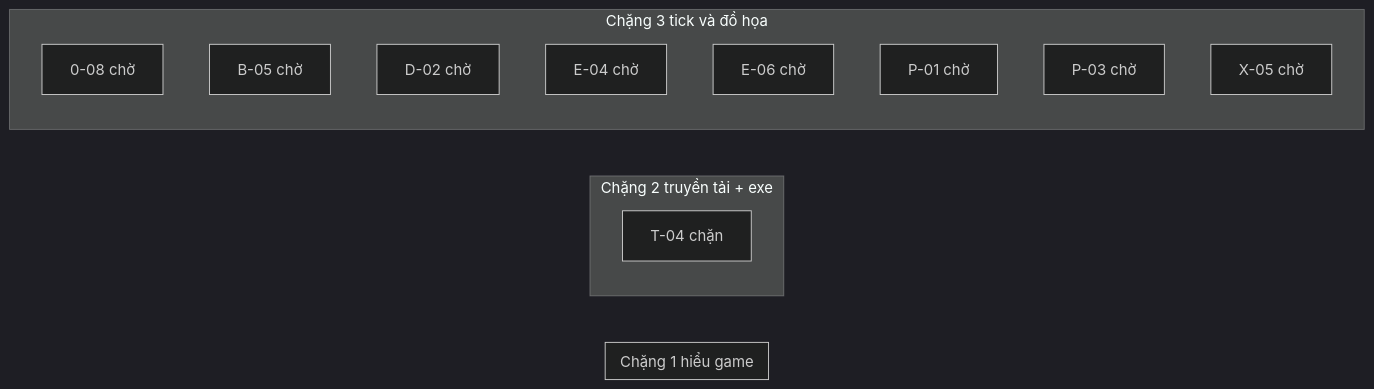
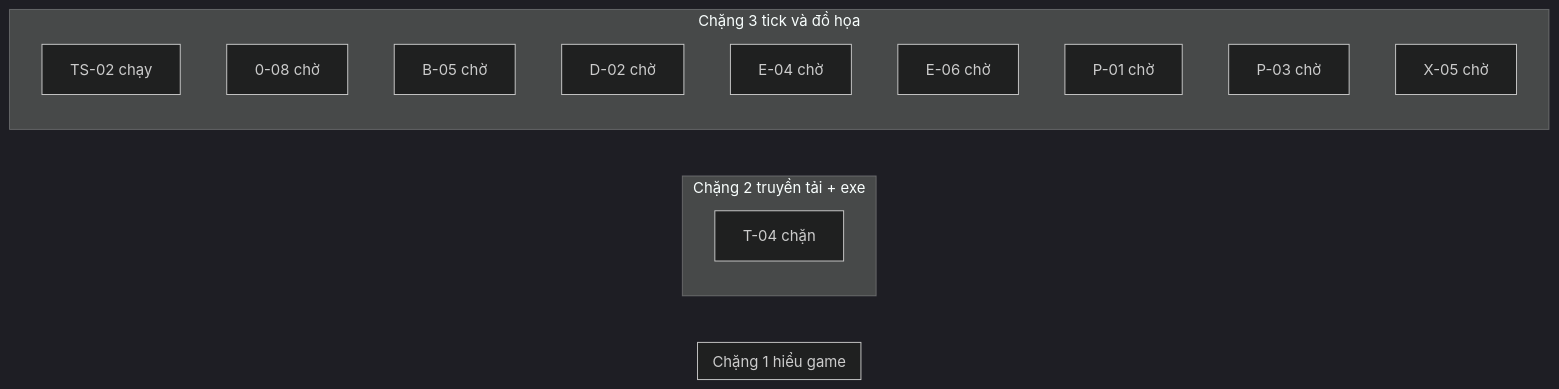
Before and after one commit to ndtangoss-dev/jx1-reports: the diagram in JX1_OPS/STATE/TIEN-DO.md, drawn with Mermaid (dark theme). The commit also changed other lines of this file and 5 other files, not shown here.

````diff
--- a/JX1_OPS/STATE/TIEN-DO.md
+++ b/JX1_OPS/STATE/TIEN-DO.md
@@ -9,18 +9,19 @@
 ```mermaid
 flowchart LR
   subgraph S1["Chặng 1 hiểu game"]
   end
   subgraph S2["Chặng 2 truyền tải + exe"]
     T_04["T-04 chặn"]
   end
   subgraph S3["Chặng 3 tick và đồ họa"]
+    TS_02["TS-02 chạy"]
     0_08["0-08 chờ"]
     B_05["B-05 chờ"]
     D_02["D-02 chờ"]
     E_04["E-04 chờ"]
     E_06["E-06 chờ"]
     P_01["P-01 chờ"]
     P_03["P-03 chờ"]
     X_05["X-05 chờ"]
   end
 ```
````
